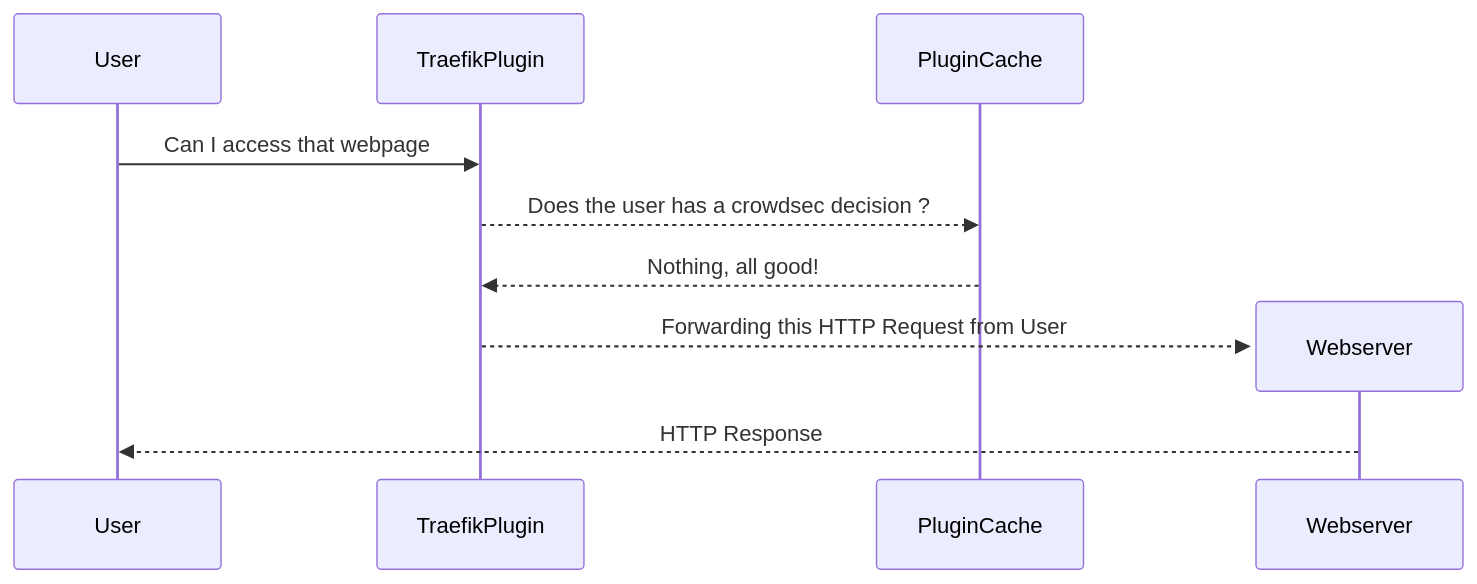
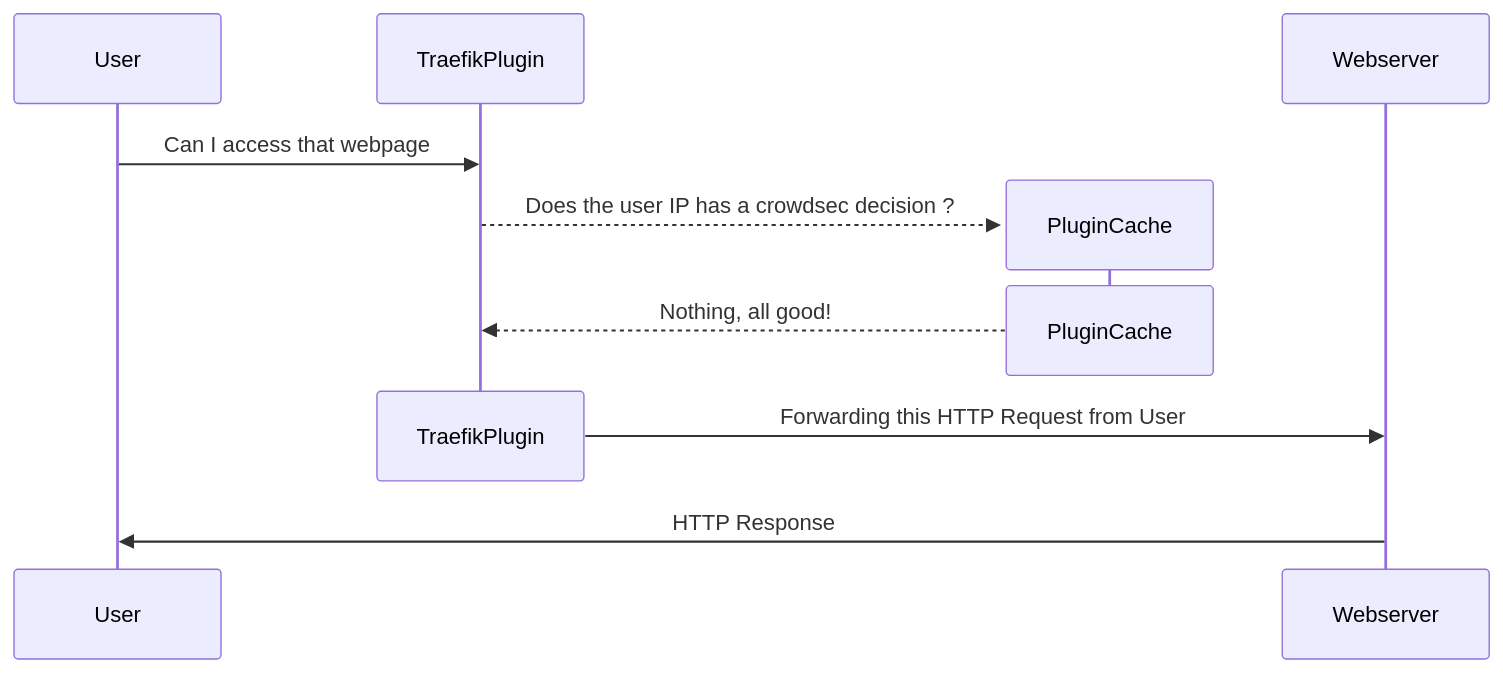
The first of 3 diagrams in examples/captcha/README.md (maxlerebourg/crowdsec-bouncer-traefik-plugin), drawn with Mermaid before and after one commit. The commit also changed other lines of this file, not shown here.

Commit message:
📝 rework all diagrams

````diff
--- a/examples/captcha/README.md
+++ b/examples/captcha/README.md
@@ -96,12 +96,13 @@
 ```mermaid
 sequenceDiagram
     participant User
     participant TraefikPlugin
-    participant PluginCache
     User->>TraefikPlugin: Can I access that webpage
-    TraefikPlugin-->>PluginCache: Does the user has a crowdsec decision ?
+    create participant PluginCache
+    TraefikPlugin-->>PluginCache: Does the user IP has a crowdsec decision ?
+    Destroy PluginCache
     PluginCache-->>TraefikPlugin: Nothing, all good!
-    create participant Webserver
-    TraefikPlugin-->>Webserver: Forwarding this HTTP Request from User
-    Webserver-->>User: HTTP Response
+    Destroy TraefikPlugin
+    TraefikPlugin->>Webserver: Forwarding this HTTP Request from User
+    Webserver->>User: HTTP Response
 ```
````
